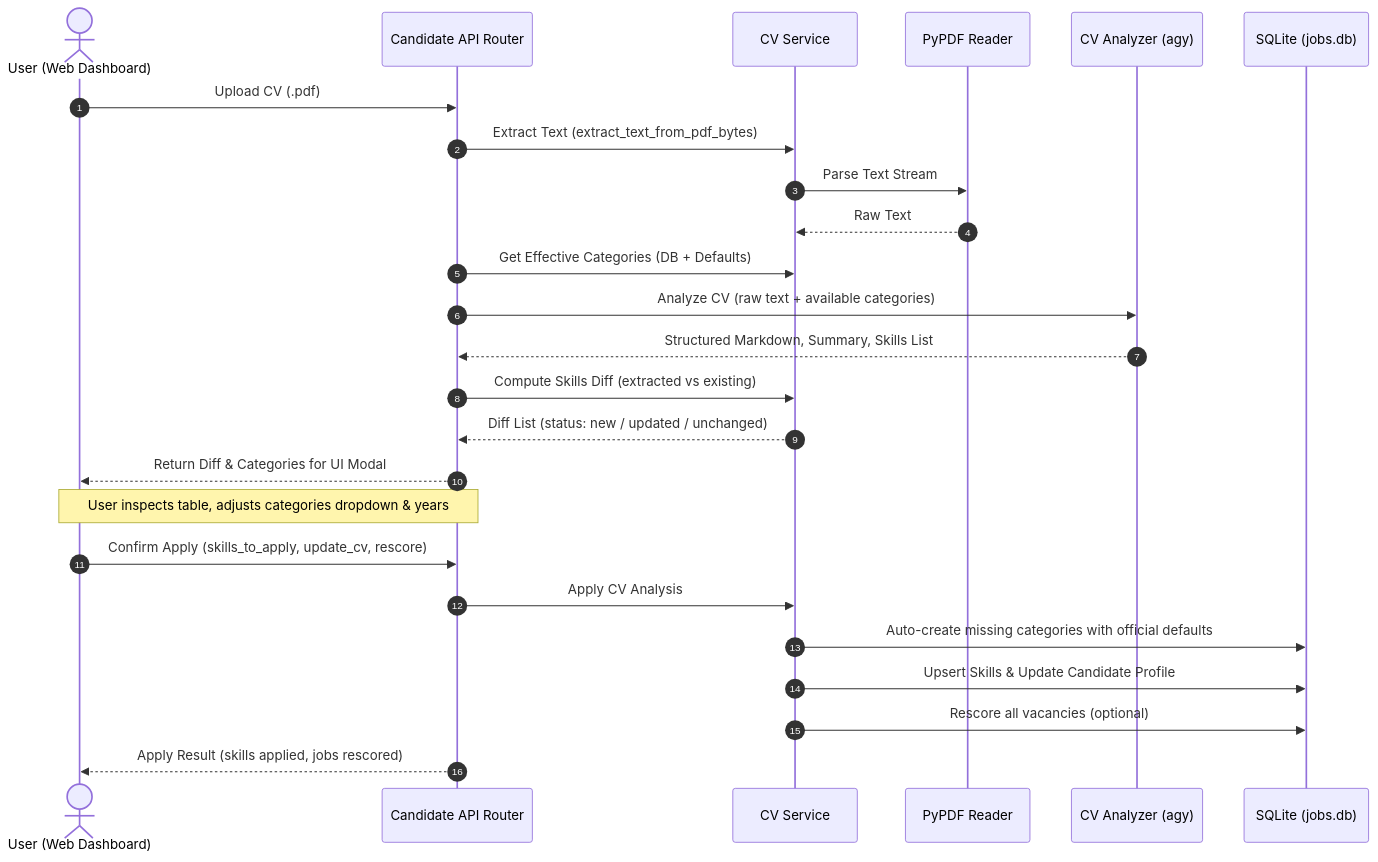
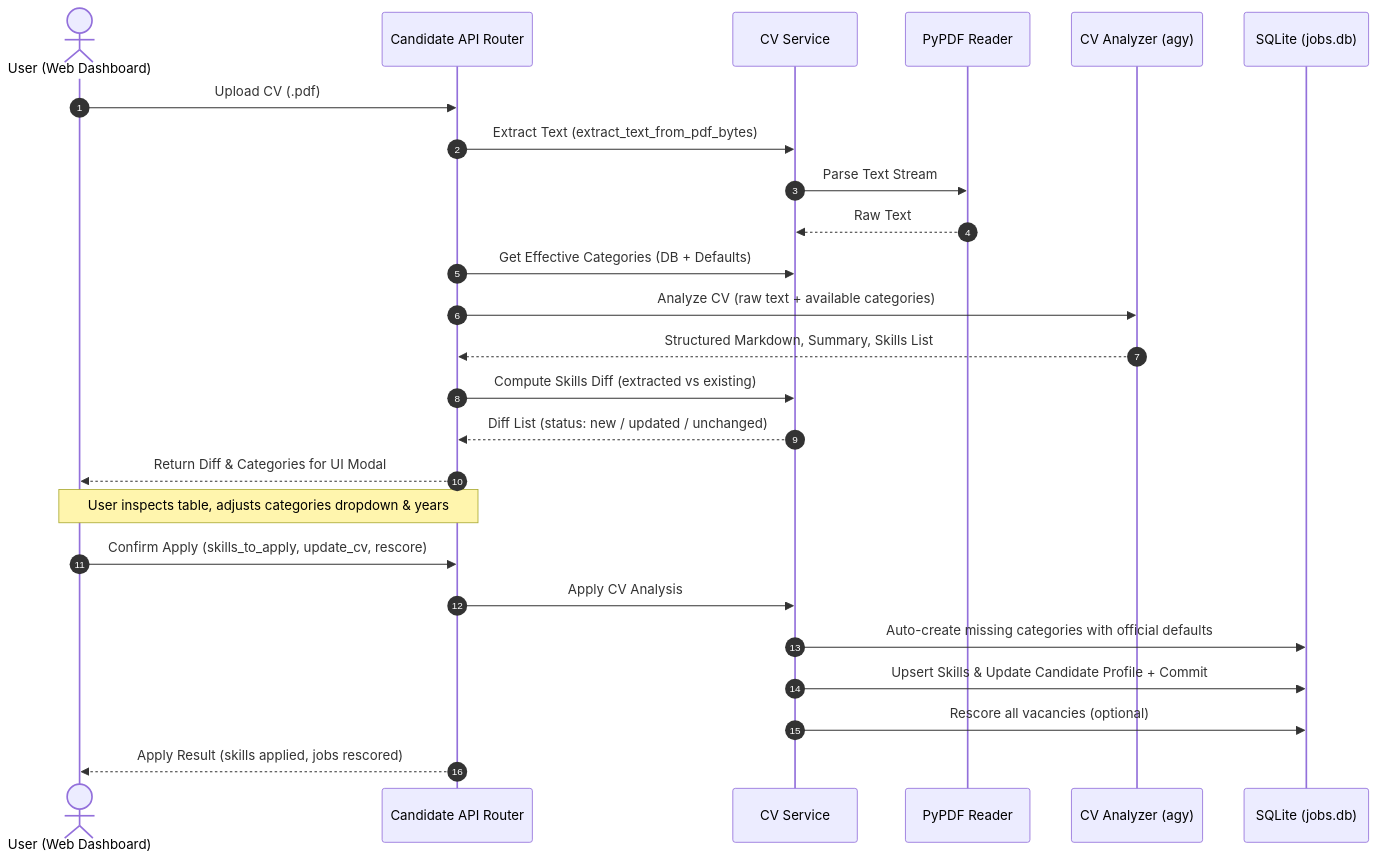
Before and after one commit to VladLerkin/job-filter: the second of 2 diagrams in docs/design.md, drawn with Mermaid. The commit also changed other lines of this file and 36 other files, not shown here.

````diff
--- a/docs/design.md
+++ b/docs/design.md
@@ -213,28 +295,28 @@
 ```mermaid
 sequenceDiagram
     autonumber
     actor User as User (Web Dashboard)
     participant API as Candidate API Router
     participant CVS as CV Service
     participant PDF as PyPDF Reader
     participant LLM as CV Analyzer (agy)
     participant DB as SQLite (jobs.db)
 
     User->>API: Upload CV (.pdf)
     API->>CVS: Extract Text (extract_text_from_pdf_bytes)
     CVS->>PDF: Parse Text Stream
     PDF-->>CVS: Raw Text
     API->>CVS: Get Effective Categories (DB + Defaults)
     API->>LLM: Analyze CV (raw text + available categories)
     LLM-->>API: Structured Markdown, Summary, Skills List
     API->>CVS: Compute Skills Diff (extracted vs existing)
     CVS-->>API: Diff List (status: new / updated / unchanged)
     API-->>User: Return Diff & Categories for UI Modal
     Note over User,API: User inspects table, adjusts categories dropdown & years
     User->>API: Confirm Apply (skills_to_apply, update_cv, rescore)
     API->>CVS: Apply CV Analysis
     CVS->>DB: Auto-create missing categories with official defaults
-    CVS->>DB: Upsert Skills & Update Candidate Profile
+    CVS->>DB: Upsert Skills & Update Candidate Profile + Commit
     CVS->>DB: Rescore all vacancies (optional)
     API-->>User: Apply Result (skills applied, jobs rescored)
 ```
````
